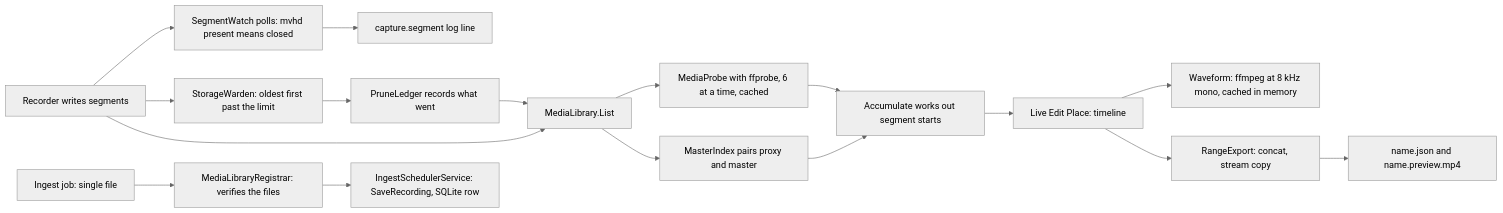
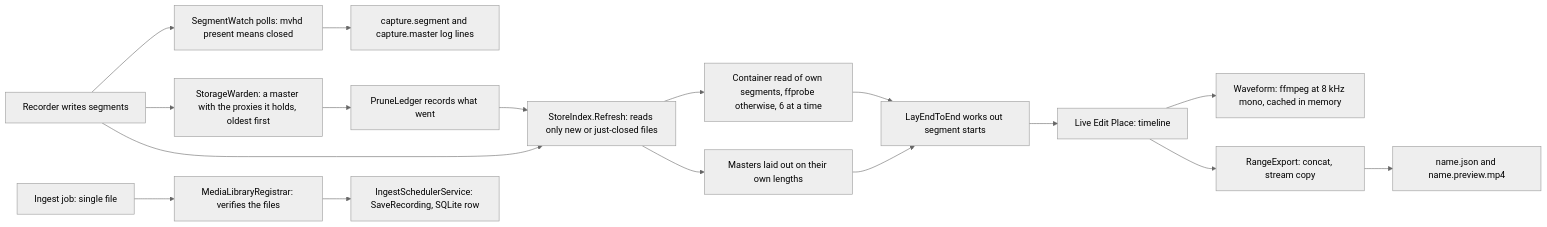
The third of 3 diagrams in DOCUMENTATION/05_MEDIA_PROCESSING.md (MdelarosaArcX/Emerald-EDL-Ingest), drawn with Mermaid (neutral theme) before and after one commit. The commit also changed other lines of this file and 69 other files, not shown here.

````diff
--- a/DOCUMENTATION/05_MEDIA_PROCESSING.md
+++ b/DOCUMENTATION/05_MEDIA_PROCESSING.md
@@ -373,19 +407,19 @@
 ```mermaid
 flowchart LR
     Rec["Recorder writes segments"] --> Watch["SegmentWatch polls: mvhd present means closed"]
-    Watch --> LogSeg["capture.segment log line"]
-    Rec --> Warden["StorageWarden: oldest first past the limit"]
+    Watch --> LogSeg["capture.segment and capture.master log lines"]
+    Rec --> Warden["StorageWarden: a master with the proxies it holds, oldest first"]
     Warden --> Ledger["PruneLedger records what went"]
-    Rec --> List["MediaLibrary.List"]
+    Rec --> List["StoreIndex.Refresh: reads only new or just-closed files"]
     Ledger --> List
-    List --> Probe["MediaProbe with ffprobe, 6 at a time, cached"]
-    List --> Pair["MasterIndex pairs proxy and master"]
-    Probe --> Starts["Accumulate works out segment starts"]
+    List --> Probe["Container read of own segments, ffprobe otherwise, 6 at a time"]
+    List --> Pair["Masters laid out on their own lengths"]
+    Probe --> Starts["LayEndToEnd works out segment starts"]
     Pair --> Starts
     Starts --> Place["Live Edit Place: timeline"]
     Place --> Wave["Waveform: ffmpeg at 8 kHz mono, cached in memory"]
     Place --> Export["RangeExport: concat, stream copy"]
     Export --> Sidecar["name.json and name.preview.mp4"]
     Ingest["Ingest job: single file"] --> Reg["MediaLibraryRegistrar: verifies the files"]
     Reg --> Row["IngestSchedulerService: SaveRecording, SQLite row"]
 ```
````
